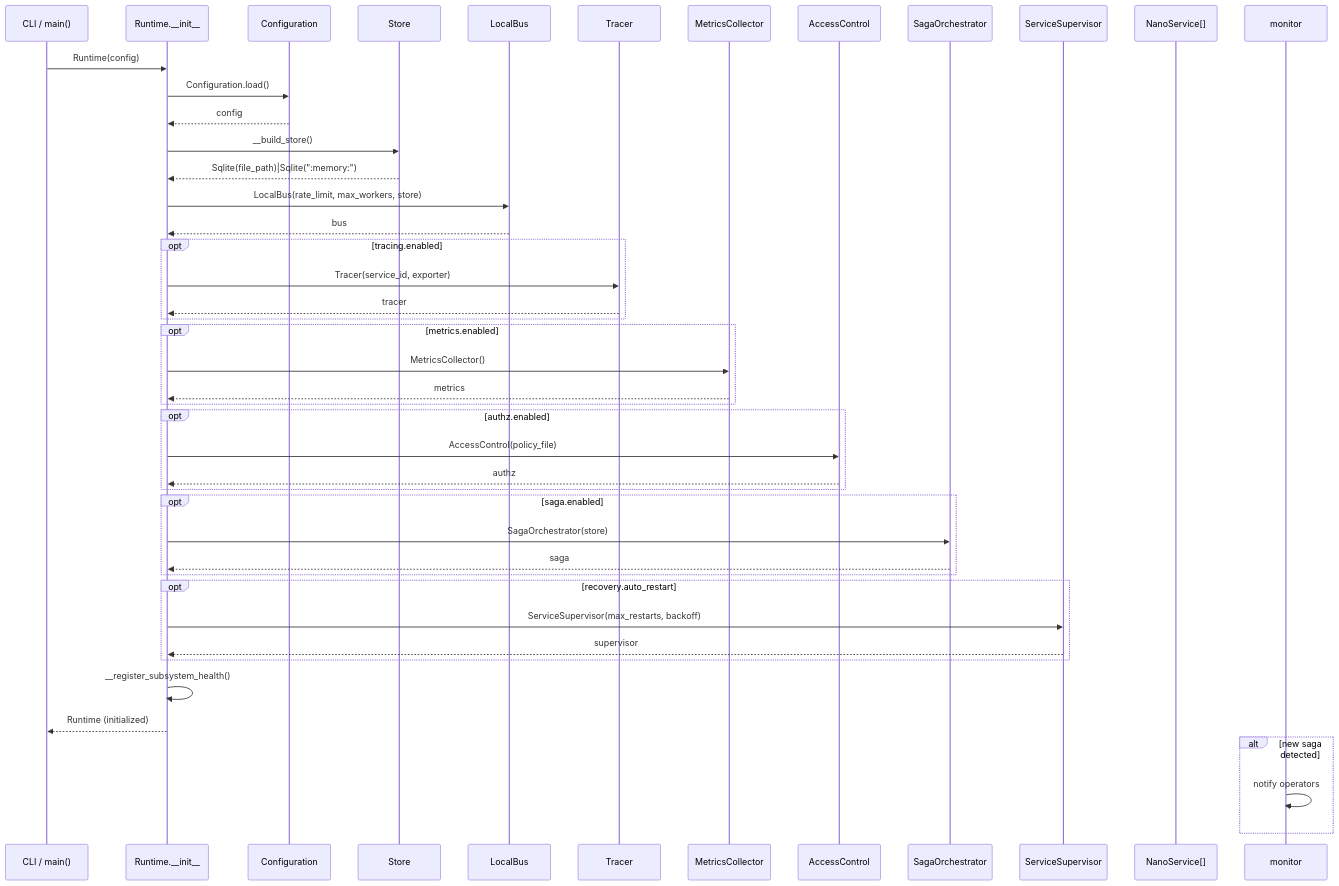
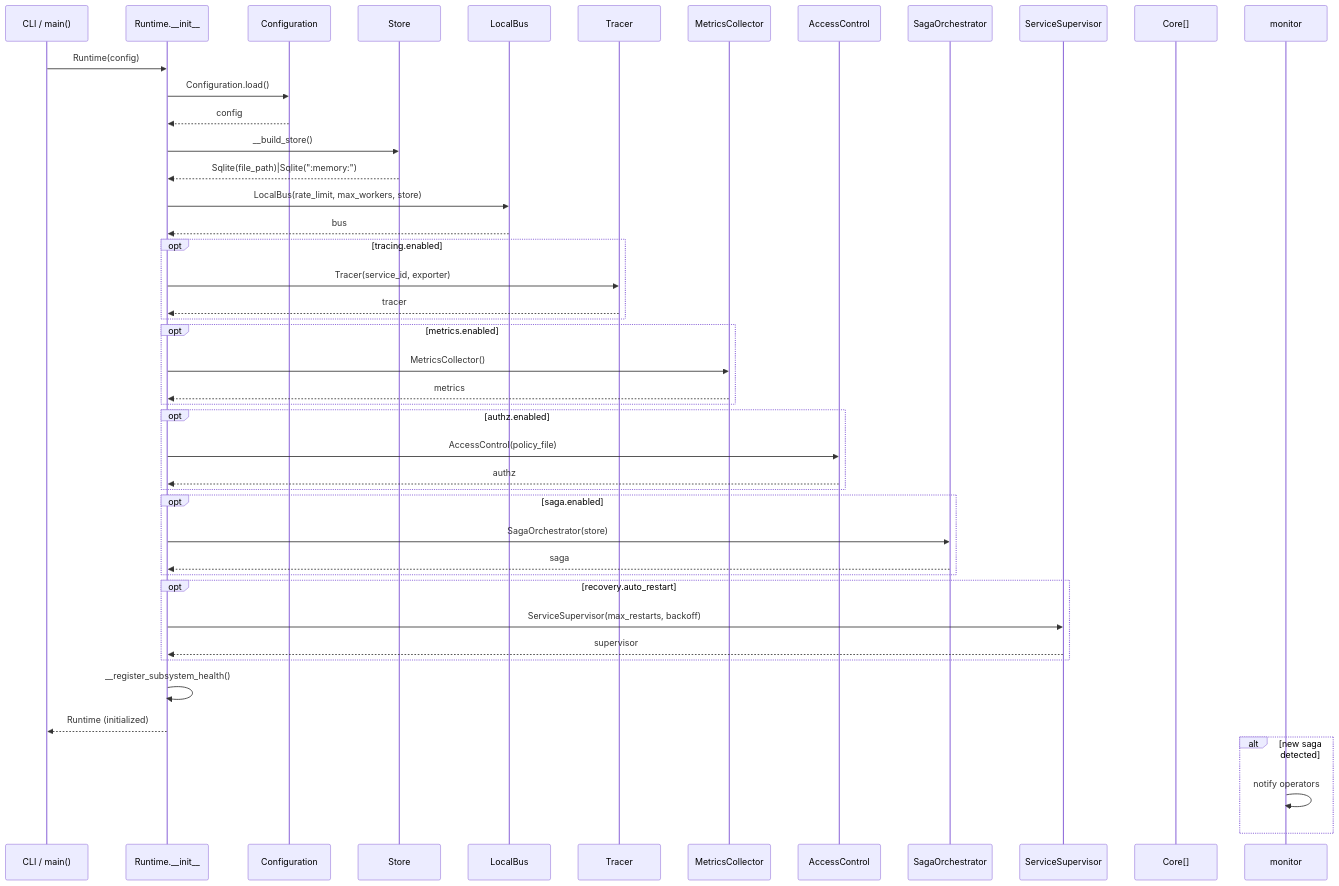
Before and after one commit to sachn-cs/unsecured-lending-underwriting: the first of 7 diagrams in docs/SYSTEM_DESIGN.md, drawn with Mermaid. The commit also changed other lines of this file, not shown here.

````diff
--- a/docs/SYSTEM_DESIGN.md
+++ b/docs/SYSTEM_DESIGN.md
@@ -259,56 +259,56 @@
 ```mermaid
 sequenceDiagram
     participant Caller as CLI / main()
     participant RT as Runtime.__init__
     participant Config as Configuration
     participant Store as Store
     participant Bus as LocalBus
     participant T as Tracer
     participant M as MetricsCollector
     participant A as AccessControl
     participant S as SagaOrchestrator
     participant Sup as ServiceSupervisor
-    participant Svcs as NanoService[]
+    participant Svcs as Core[]
 
     Caller->>RT: Runtime(config)
     RT->>Config: Configuration.load()
     Config-->>RT: config
 
     RT->>Store: __build_store()
     Store-->>RT: Sqlite(file_path)|Sqlite(":memory:")
 
     RT->>Bus: LocalBus(rate_limit, max_workers, store)
     Bus-->>RT: bus
 
     opt tracing.enabled
         RT->>T: Tracer(service_id, exporter)
         T-->>RT: tracer
     end
 
     opt metrics.enabled
         RT->>M: MetricsCollector()
         M-->>RT: metrics
     end
 
     opt authz.enabled
         RT->>A: AccessControl(policy_file)
         A-->>RT: authz
     end
 
     opt saga.enabled
         RT->>S: SagaOrchestrator(store)
         S-->>RT: saga
     end
 
     opt recovery.auto_restart
         RT->>Sup: ServiceSupervisor(max_restarts, backoff)
         Sup-->>RT: supervisor
     end
 
     RT->>RT: __register_subsystem_health()
     RT-->>Caller: Runtime (initialized)
 
     alt new saga detected
         monitor->>monitor: notify operators
     end
 ```
````
